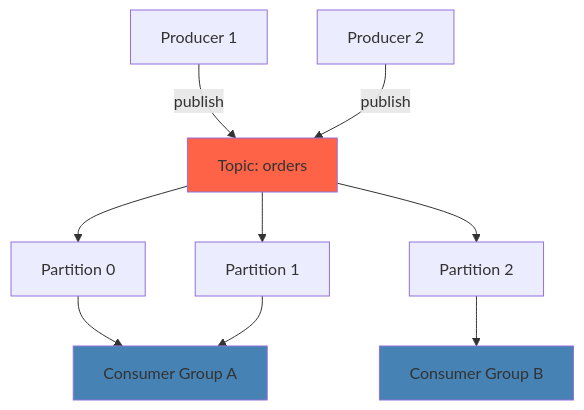
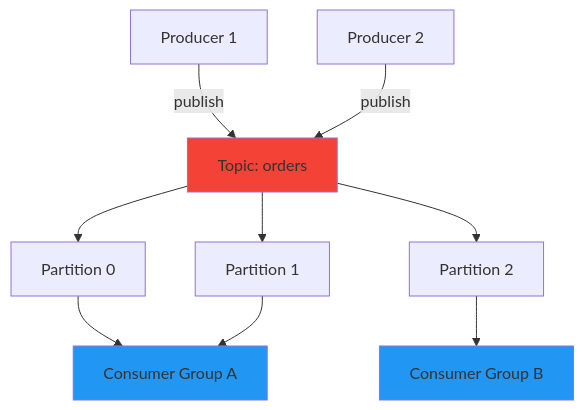
One commit to VBlackJack/ShellBook changed the third of 6 diagrams in docs/concepts/architecture-patterns.md. Above: the diagram before and after it, drawn with Mermaid. The commit also changed other lines of this file and 337 other files, not shown here.

First line of the commit message:
refactor(docs): Standardize code blocks and Mermaid colors

````diff
--- a/docs/concepts/architecture-patterns.md
+++ b/docs/concepts/architecture-patterns.md
@@ -164,15 +164,15 @@
 ```mermaid
 graph TD
     P1[Producer 1] -->|publish| T1[Topic: orders]
     P2[Producer 2] -->|publish| T1
     T1 --> Part1[Partition 0]
     T1 --> Part2[Partition 1]
     T1 --> Part3[Partition 2]
     Part1 --> C1[Consumer Group A]
     Part2 --> C1
     Part3 --> C2[Consumer Group B]
 
-    style T1 fill:#ff6347
-    style C1 fill:#4682b4
-    style C2 fill:#4682b4
+    style T1 fill:#f44336
+    style C1 fill:#2196F3
+    style C2 fill:#2196F3
 ```
````
